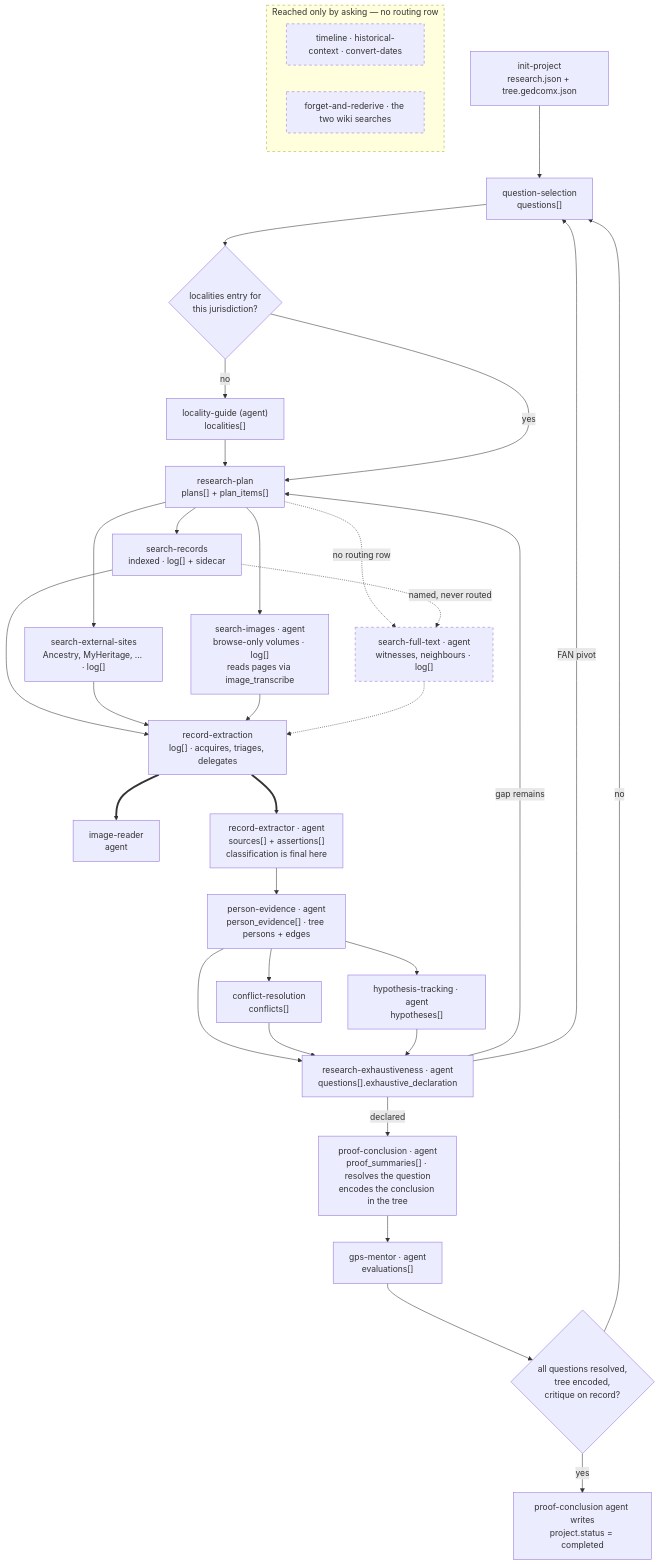
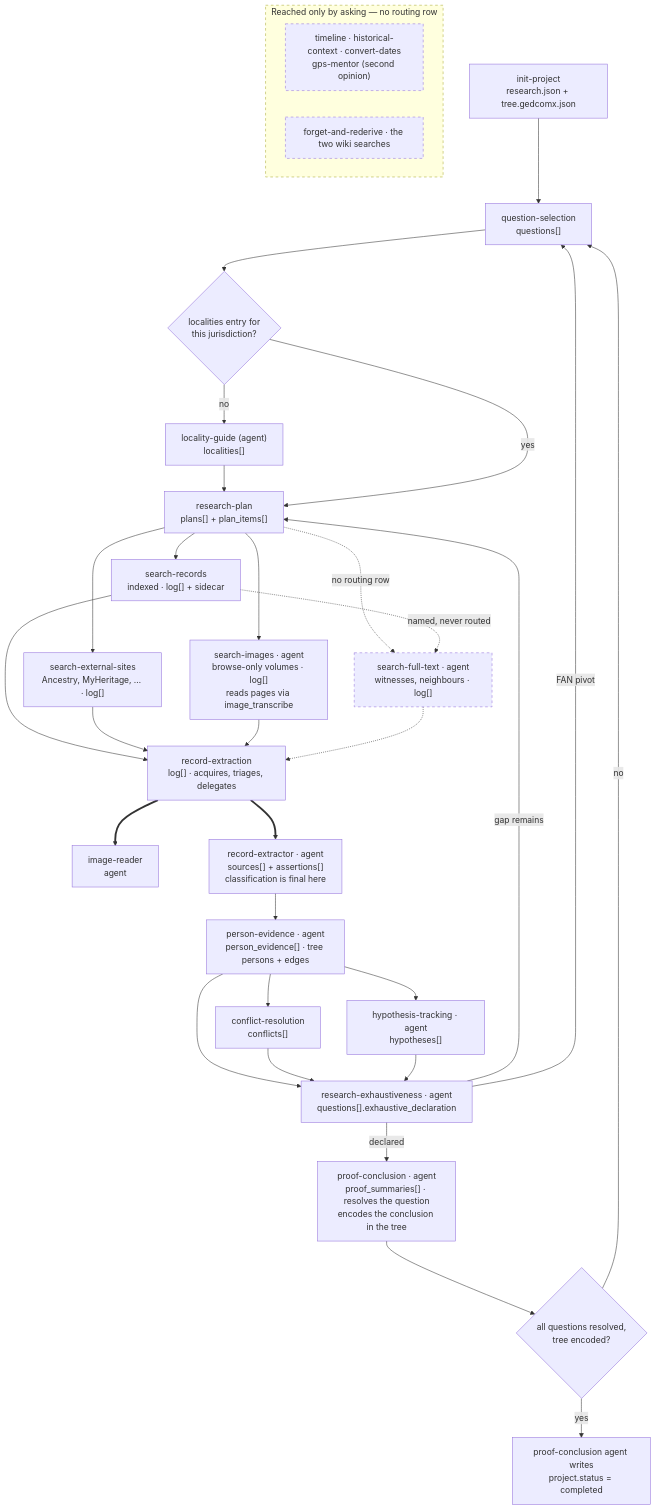
The diagram in docs/skill-dataflow.md (PioneerAIAcademy/cowork-genealogy), drawn with Mermaid before and after one commit. The commit also changed other lines of this file and 61 other files, not shown here.

First line of the commit message:
Take gps-mentor off the default /research path; the finding names what wasn't searched and offers a second opinion (#2951) (#3040)

````diff
--- a/docs/skill-dataflow.md
+++ b/docs/skill-dataflow.md
@@ -71,49 +71,48 @@
 ```mermaid
 flowchart TD
     IP["init-project<br/>research.json + tree.gedcomx.json"] --> QS
     QS["question-selection<br/>questions[]"] --> LOCGATE
     LOCGATE{"localities entry for<br/>this jurisdiction?"}
     LOCGATE -- no --> LG["locality-guide (agent)<br/>localities[]"] --> RP
     LOCGATE -- yes --> RP["research-plan<br/>plans[] + plan_items[]"]
 
     RP --> SR["search-records<br/>indexed · log[] + sidecar"]
     RP --> SE["search-external-sites<br/>Ancestry, MyHeritage, … · log[]"]
     RP --> SIA["search-images · agent<br/>browse-only volumes · log[]<br/>reads pages via image_transcribe"]
     RP -.->|"no routing row"| SF["search-full-text · agent<br/>witnesses, neighbours · log[]"]
     SR -.->|"named, never routed"| SF
     RE ==> IR["image-reader<br/>agent"]
 
     SR --> RE
     SE --> RE
     SIA --> RE
     SF -.-> RE
     RE["record-extraction<br/>log[] · acquires, triages, delegates"]
     RE ==> RX["record-extractor · agent<br/>sources[] + assertions[]<br/>classification is final here"]
 
     RX --> PE["person-evidence · agent<br/>person_evidence[] · tree persons + edges"]
     PE --> CR["conflict-resolution<br/>conflicts[]"]
     PE --> HT["hypothesis-tracking · agent<br/>hypotheses[]"]
     PE --> EXA
     CR --> EXA
     HT --> EXA
 
     EXA["research-exhaustiveness · agent<br/>questions[].exhaustive_declaration"]
     EXA -- "gap remains" --> RP
     EXA -- "FAN pivot" --> QS
     EXA -- "declared" --> PCA
 
     PCA["proof-conclusion · agent<br/>proof_summaries[] · resolves the question<br/>encodes the conclusion in the tree"]
-    PCA --> GM["gps-mentor · agent<br/>evaluations[]"]
-    GM --> GATE{"all questions resolved,<br/>tree encoded,<br/>critique on record?"}
+    PCA --> GATE{"all questions resolved,<br/>tree encoded?"}
     GATE -- no --> QS
     GATE -- yes --> DONE["proof-conclusion agent writes<br/>project.status = completed"]
 
     subgraph ASK ["Reached only by asking — no routing row"]
         direction LR
-        U1["timeline · historical-context · convert-dates"]
+        U1["timeline · historical-context · convert-dates<br/>gps-mentor (second opinion)"]
         U2["forget-and-rederive · the two wiki searches"]
     end
 
     classDef unrouted stroke-dasharray: 5 5
     class SF,ASK,U1,U2 unrouted
 ```
````
